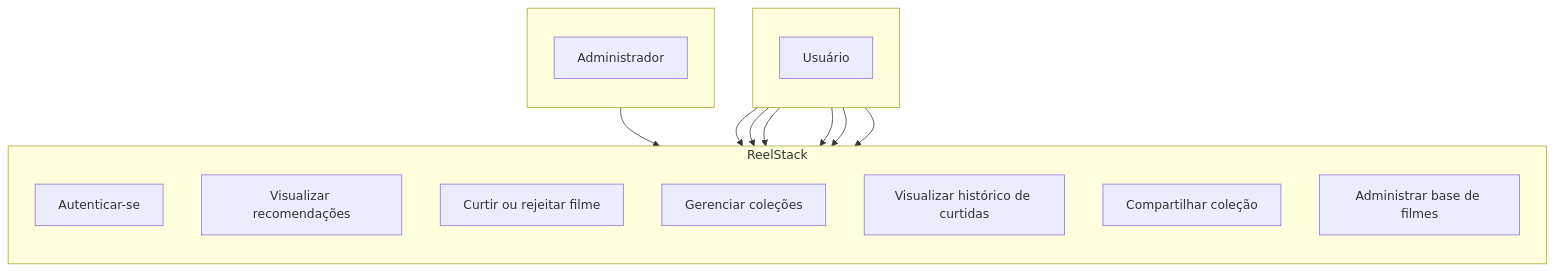
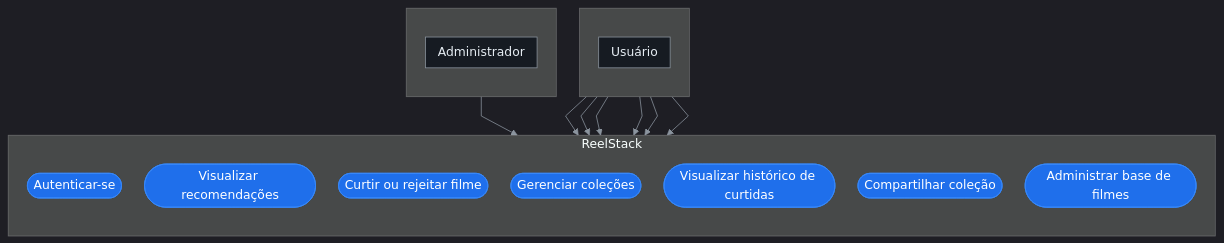
The first of 2 diagrams in DOCUMENTACAO_ARQUITETURA_DE_SOFTWARE.md (Reelstack/reelstack), drawn with Mermaid before and after one commit. The commit also changed other lines of this file, not shown here.

First line of the commit message:
Expand architecture doc with use cases and diagrams

````diff
--- a/DOCUMENTACAO_ARQUITETURA_DE_SOFTWARE.md
+++ b/DOCUMENTACAO_ARQUITETURA_DE_SOFTWARE.md
@@ -41,28 +54,52 @@
 ```mermaid
+%%{init:{
+'theme':'dark',
+'themeVariables':{
+'background':'transparent',
+'primaryTextColor':'#e6edf3',
+'lineColor':'#8b949e'
+},
+'flowchart':{
+'curve':'linear',
+'nodeSpacing':30,
+'rankSpacing':50,
+'padding':8,
+'htmlLabels':true
+},
+'wrap': true
+}}%%
 flowchart TB
+%% Colunas: esquerda (atores), centro (ReelStack), direita (atores)
 subgraph L[" "]
 direction TB
 actorUsuario["Usuário"]
 end
 subgraph ReelStack
 direction TB
-UC1[Autenticar-se]
-UC2[Visualizar recomendações]
-UC3[Curtir ou rejeitar filme]
-UC4[Gerenciar coleções]
-UC5[Visualizar histórico de curtidas]
-UC6[Compartilhar coleção]
-UC7[Administrar base de filmes]
+UC1([Autenticar-se])
+UC2([Visualizar recomendações])
+UC3([Curtir ou rejeitar filme])
+UC4([Gerenciar coleções])
+UC5([Visualizar histórico de curtidas])
+UC6([Compartilhar coleção])
+UC7([Administrar base de filmes])
 end
 subgraph R[" "]
 direction TB
 actorAdmin["Administrador"]
 end
+%% Relações
 actorUsuario --> UC1
 actorUsuario --> UC2
 actorUsuario --> UC3
 actorUsuario --> UC4
 actorUsuario --> UC5
 actorUsuario --> UC6
-actorAdmin --> UC7
+actorAdmin   --> UC7
+%% Estilos
+classDef actor fill:#161b22,stroke:#8b949e,color:#e6edf3;
+classDef uc    fill:#1f6feb,stroke:#388bfd,color:#ffffff;
+class actorUsuario,actorAdmin actor
+class UC1,UC2,UC3,UC4,UC5,UC6,UC7 uc
+linkStyle default stroke:#8b949e,stroke-width:1px,color:#e6edf3
 ```
````
